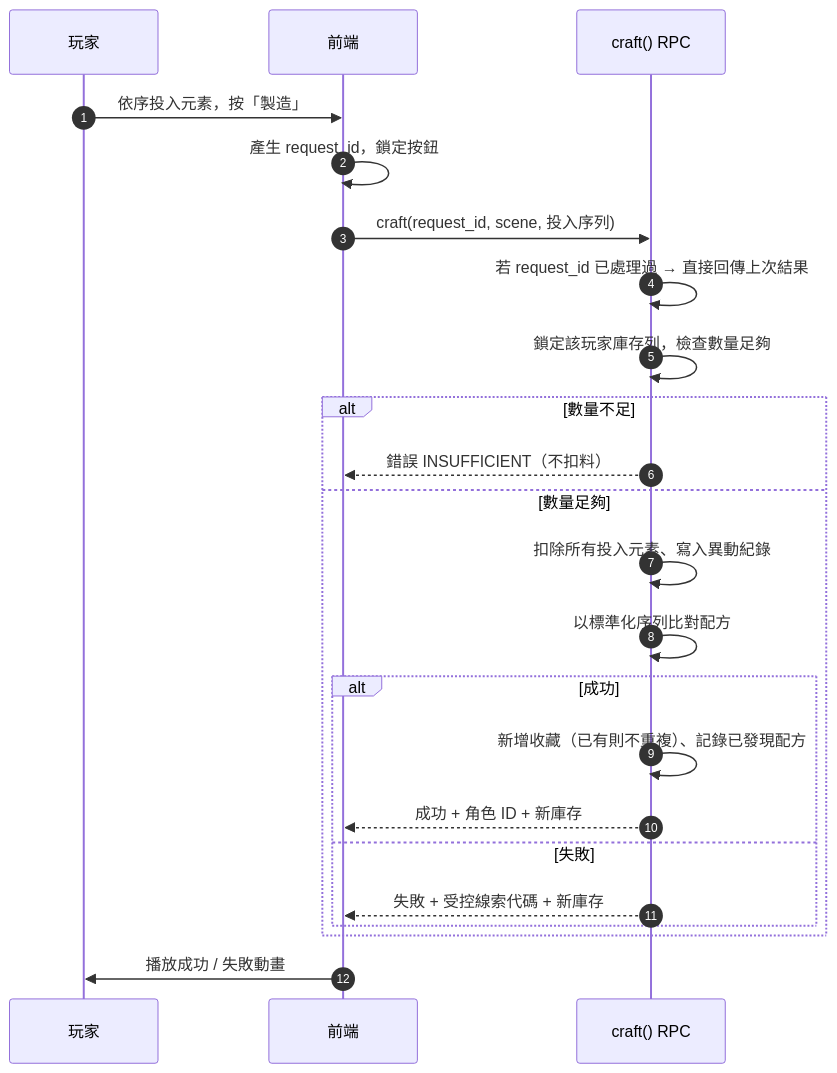
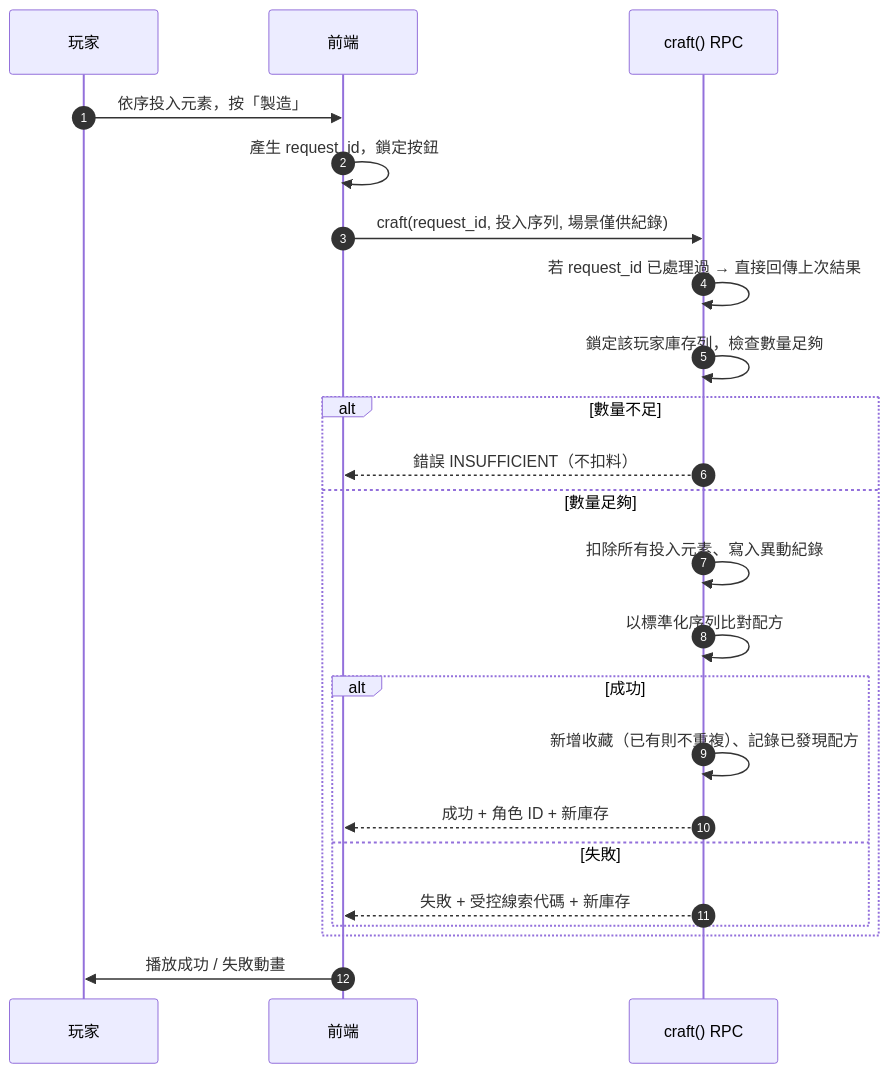
One commit to mina04081998-chen/frenchie-maker changed the second of 4 diagrams in docs/phase0/02-architecture.md. Above: the diagram before and after it, drawn with Mermaid. The commit also changed other lines of this file and 10 other files, not shown here.

````diff
--- a/docs/phase0/02-architecture.md
+++ b/docs/phase0/02-architecture.md
@@ -81,25 +81,25 @@
 ```mermaid
 sequenceDiagram
   autonumber
   participant P as 玩家
   participant UI as 前端
   participant DB as craft() RPC
   P->>UI: 依序投入元素，按「製造」
   UI->>UI: 產生 request_id，鎖定按鈕
-  UI->>DB: craft(request_id, scene, 投入序列)
+  UI->>DB: craft(request_id, 投入序列, 場景僅供紀錄)
   DB->>DB: 若 request_id 已處理過 → 直接回傳上次結果
   DB->>DB: 鎖定該玩家庫存列，檢查數量足夠
   alt 數量不足
     DB-->>UI: 錯誤 INSUFFICIENT（不扣料）
   else 數量足夠
     DB->>DB: 扣除所有投入元素、寫入異動紀錄
     DB->>DB: 以標準化序列比對配方
     alt 成功
       DB->>DB: 新增收藏（已有則不重複）、記錄已發現配方
       DB-->>UI: 成功 + 角色 ID + 新庫存
     else 失敗
       DB-->>UI: 失敗 + 受控線索代碼 + 新庫存
     end
   end
   UI->>P: 播放成功 / 失敗動畫
 ```
````
